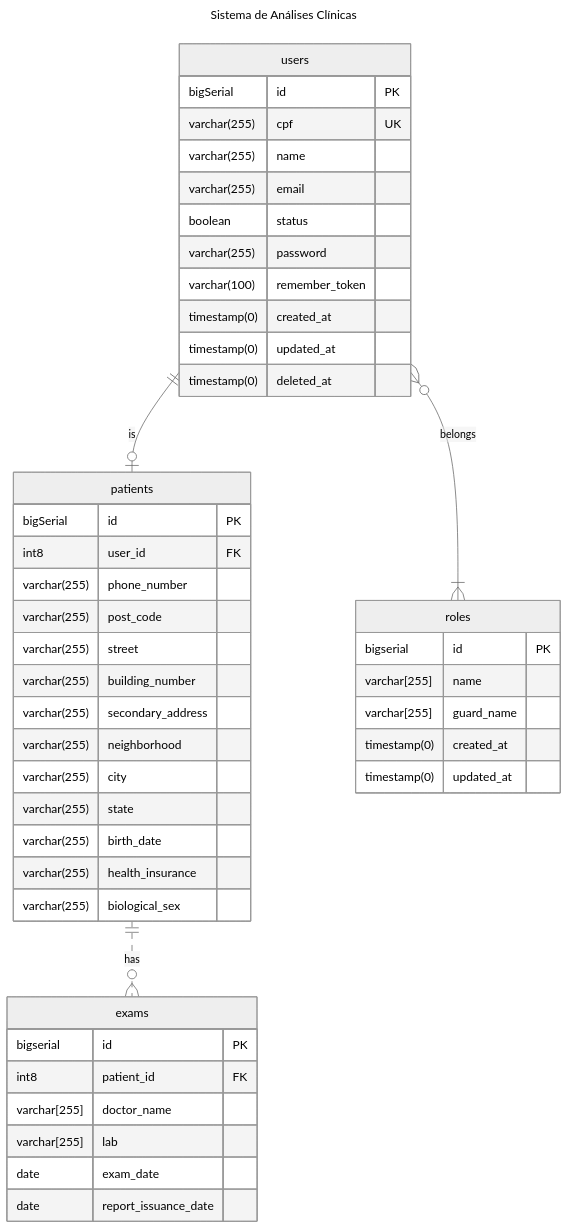
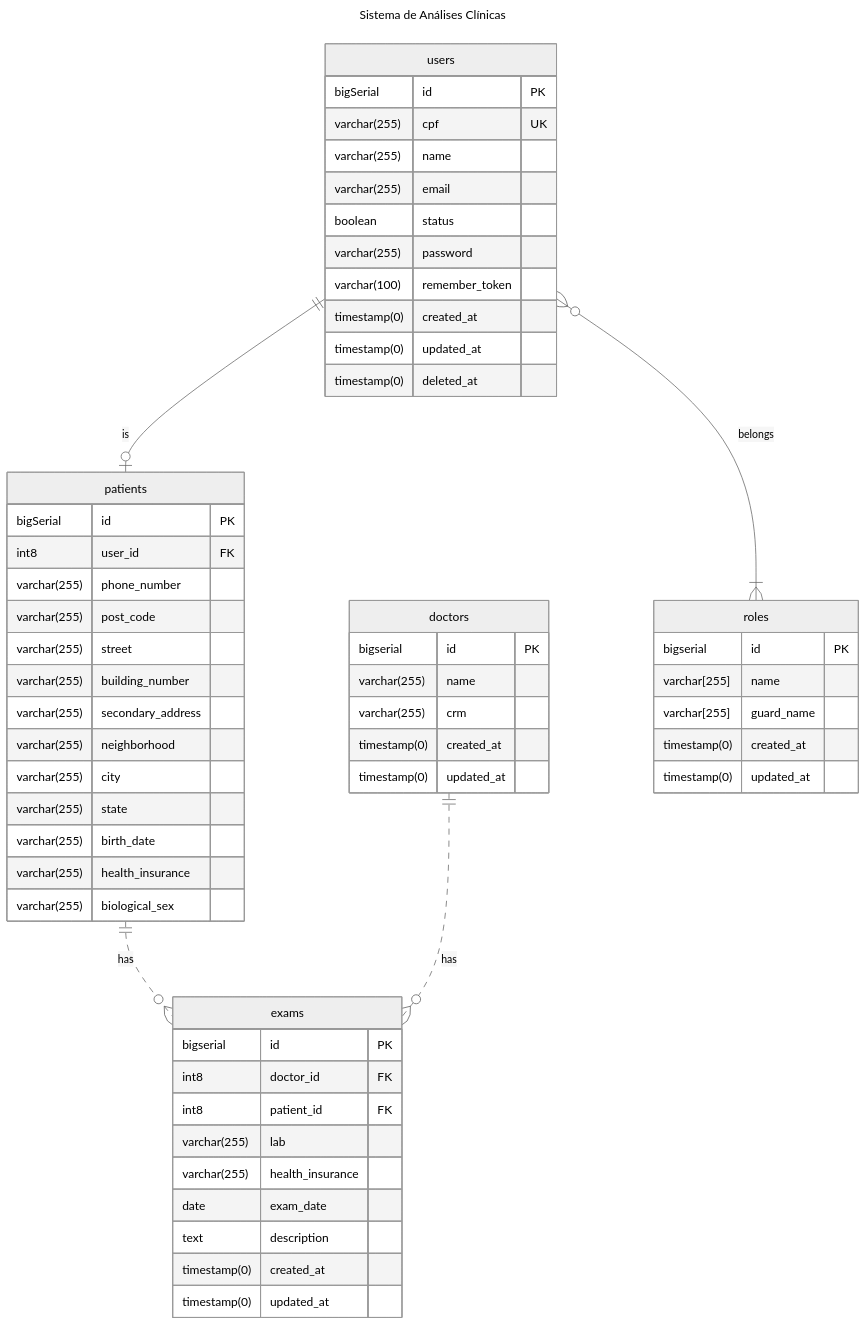
One commit to UniFil-NPI/ProjetoAnalisesClinicas changed the diagram in docs/DER.md. Above: the diagram before and after it, drawn with Mermaid (neutral theme).

Commit message:
DER atualizado com a tabela doctors

````diff
--- a/docs/DER.md
+++ b/docs/DER.md
@@ -3,61 +3,73 @@
 ```mermaid
 ---
 title: Sistema de Análises Clínicas
 ---
 erDiagram
 
 users only one -- zero or one patients : is
 users {
     bigSerial id PK
     varchar(255) cpf UK
     varchar(255) name
     varchar(255) email
     boolean status
     varchar(255) password
     varchar(100) remember_token
     timestamp(0) created_at
     timestamp(0) updated_at
     timestamp(0) deleted_at
 }
 
 
 patients only one .. zero or many exams : has
 patients {
     bigSerial id PK
     int8 user_id FK
     varchar(255) phone_number
     varchar(255) post_code
     varchar(255) street
     varchar(255) building_number
     varchar(255) secondary_address
     varchar(255) neighborhood
     varchar(255) city
     varchar(255) state
     varchar(255) birth_date
     varchar(255) health_insurance
     varchar(255) biological_sex
 
 }
 exams {
     bigserial id PK
+    int8 doctor_id FK
     int8 patient_id FK
-    varchar[255] doctor_name
-    varchar[255] lab
+    varchar(255) lab
+    varchar(255) health_insurance
     date exam_date
-    date report_issuance_date
+    text description
+    timestamp(0) created_at
+    timestamp(0) updated_at
     
+}
+
+doctors only one .. zero or many exams : has
+doctors {
+    bigserial id PK
+    varchar(255) name
+    varchar(255) crm
+    timestamp(0) created_at
+    timestamp(0) updated_at
 }
 
 users zero or many -- one or many roles : belongs
 
 
 roles {
     bigserial id PK
     varchar[255] name
     varchar[255] guard_name
     timestamp(0) created_at
     timestamp(0) updated_at
 
 }
 
 ```
````
